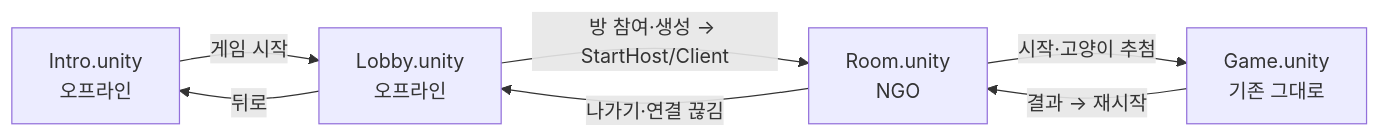
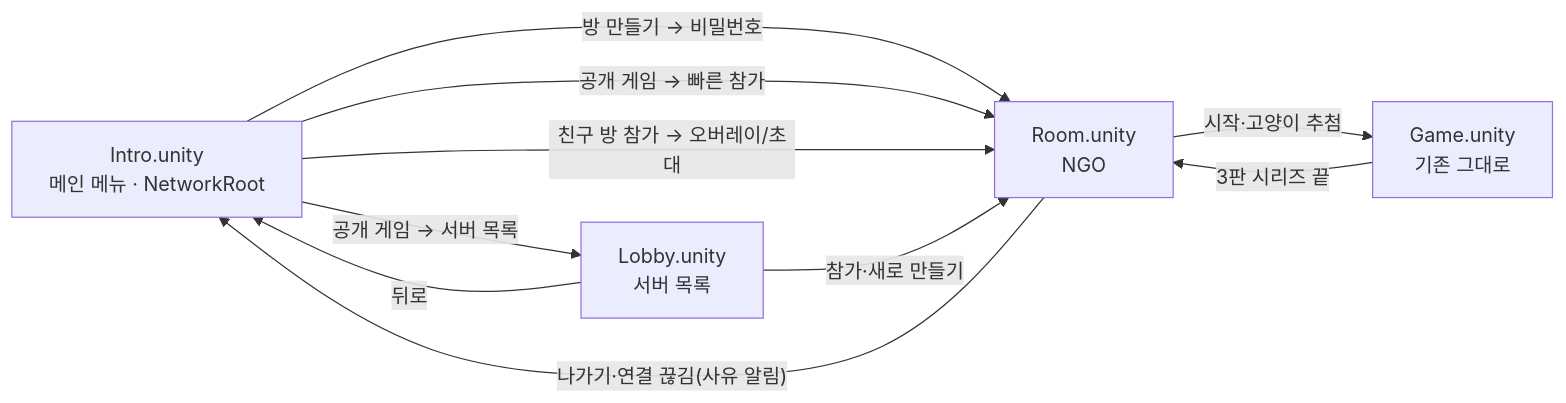
The first of 60 diagrams in CTC/docs/design-vault/코드 다이어그램.md (JeahanPark/The-Cheese-Thief-and-the-Cat), drawn with Mermaid before and after one commit. The commit also changed other lines of this file and 2 other files, not shown here.

First line of the commit message:
docs: 2026-09-14 작업 넷의 규칙·다이어그램·대기열을 맞춘다

````diff
--- a/CTC/docs/design-vault/코드 다이어그램.md
+++ b/CTC/docs/design-vault/코드 다이어그램.md
@@ -20,9 +22,12 @@
 ```mermaid
 flowchart LR
-  I["Intro.unity<br/>오프라인"] -->|게임 시작| L["Lobby.unity<br/>오프라인"]
-  L -->|"방 참여·생성 → StartHost/Client"| R["Room.unity<br/>NGO"]
+  I["Intro.unity<br/>메인 메뉴 · NetworkRoot"] -->|"방 만들기 → 비밀번호"| R["Room.unity<br/>NGO"]
+  I -->|"공개 게임 → 빠른 참가"| R
+  I -->|"공개 게임 → 서버 목록"| L["Lobby.unity<br/>서버 목록"]
+  I -->|"친구 방 참가 → 오버레이/초대"| R
+  L -->|"참가·새로 만들기"| R
   R -->|시작·고양이 추첨| G["Game.unity<br/>기존 그대로"]
-  G -->|결과 → 재시작| R
+  G -->|3판 시리즈 끝| R
   L -->|뒤로| I
-  R -->|나가기·연결 끊김| L
+  R -->|"나가기·연결 끊김(사유 알림)"| I
 ```
````
